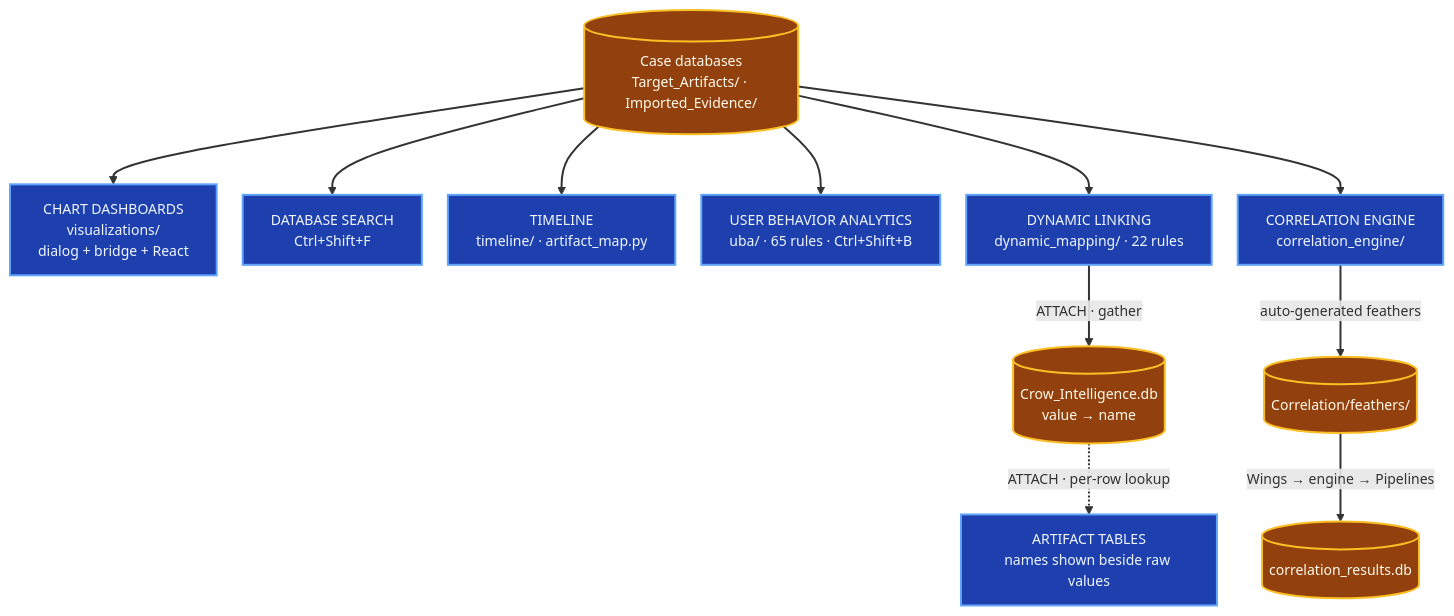
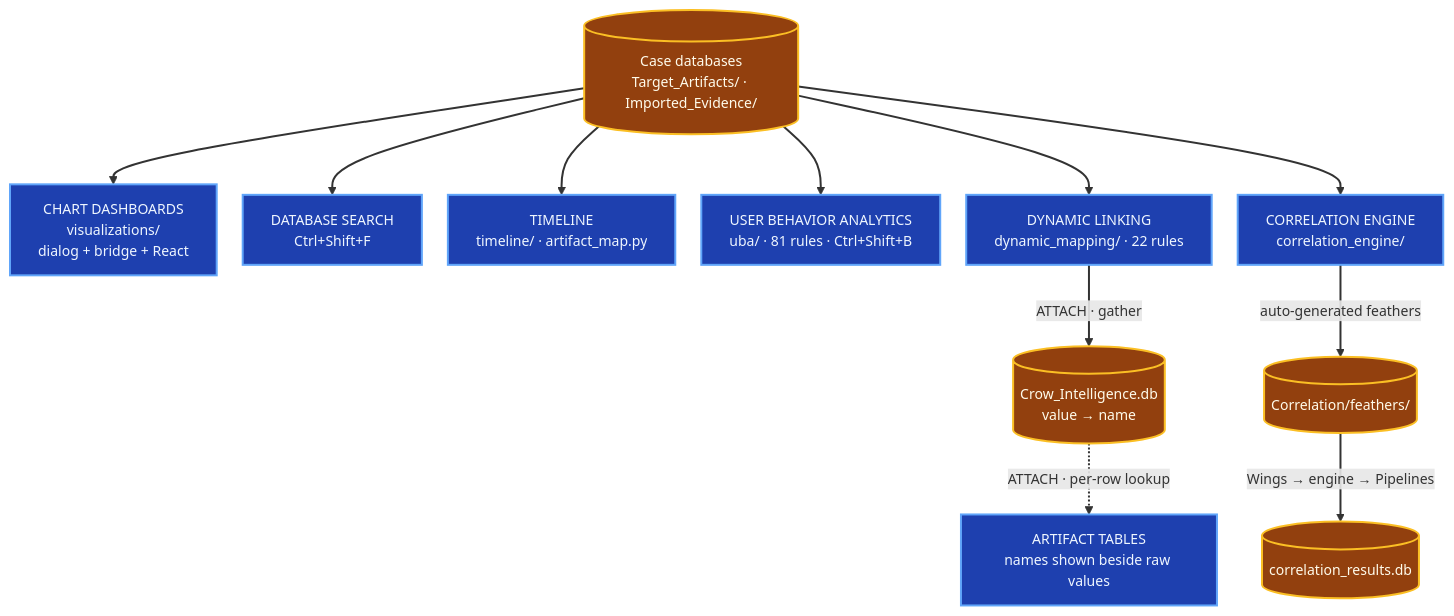
One commit to Ghassan-elsman/Crow-Eye changed the third of 5 diagrams in README.md. Above: the diagram before and after it, drawn with Mermaid. The commit also changed other lines of this file and 315 other files, not shown here.

````diff
--- a/README.md
+++ b/README.md
@@ -322,29 +326,29 @@
 ```mermaid
 %%{init: {"flowchart": {"nodeSpacing": 26, "rankSpacing": 50, "curve": "basis", "padding": 14}, "themeVariables": {"fontSize": "14px"}} }%%
 flowchart TB
     CASE[("Case databases<br/>Target_Artifacts/ · Imported_Evidence/")]
 
     VIZ["CHART DASHBOARDS<br/>visualizations/<br/>dialog + bridge + React"]
     SRCH["DATABASE SEARCH<br/>Ctrl+Shift+F"]
     TL["TIMELINE<br/>timeline/ · artifact_map.py"]
-    UBA["USER BEHAVIOR ANALYTICS<br/>uba/ · 65 rules · Ctrl+Shift+B"]
+    UBA["USER BEHAVIOR ANALYTICS<br/>uba/ · 81 rules · Ctrl+Shift+B"]
     DL["DYNAMIC LINKING<br/>dynamic_mapping/ · 22 rules"]
     CE["CORRELATION ENGINE<br/>correlation_engine/"]
 
     INTEL[("Crow_Intelligence.db<br/>value → name")]
     TAB["ARTIFACT TABLES<br/>names shown beside raw values"]
     F[("Correlation/feathers/")]
     RES[("correlation_results.db")]
 
     CASE ==> VIZ & SRCH & TL & UBA & DL & CE
     DL -- "ATTACH · gather" --> INTEL
     INTEL -. "ATTACH · per-row lookup" .-> TAB
     CE -- "auto-generated feathers" --> F
     F -- "Wings → engine → Pipelines" --> RES
 
     classDef store fill:#92400e,stroke:#fbbf24,stroke-width:2px,color:#fffbeb
     classDef ana   fill:#1e40af,stroke:#60a5fa,stroke-width:2px,color:#eff6ff
     class CASE,INTEL,F,RES store
     class VIZ,SRCH,TL,UBA,DL,CE,TAB ana
     linkStyle default stroke-width:2px
 ```
````
